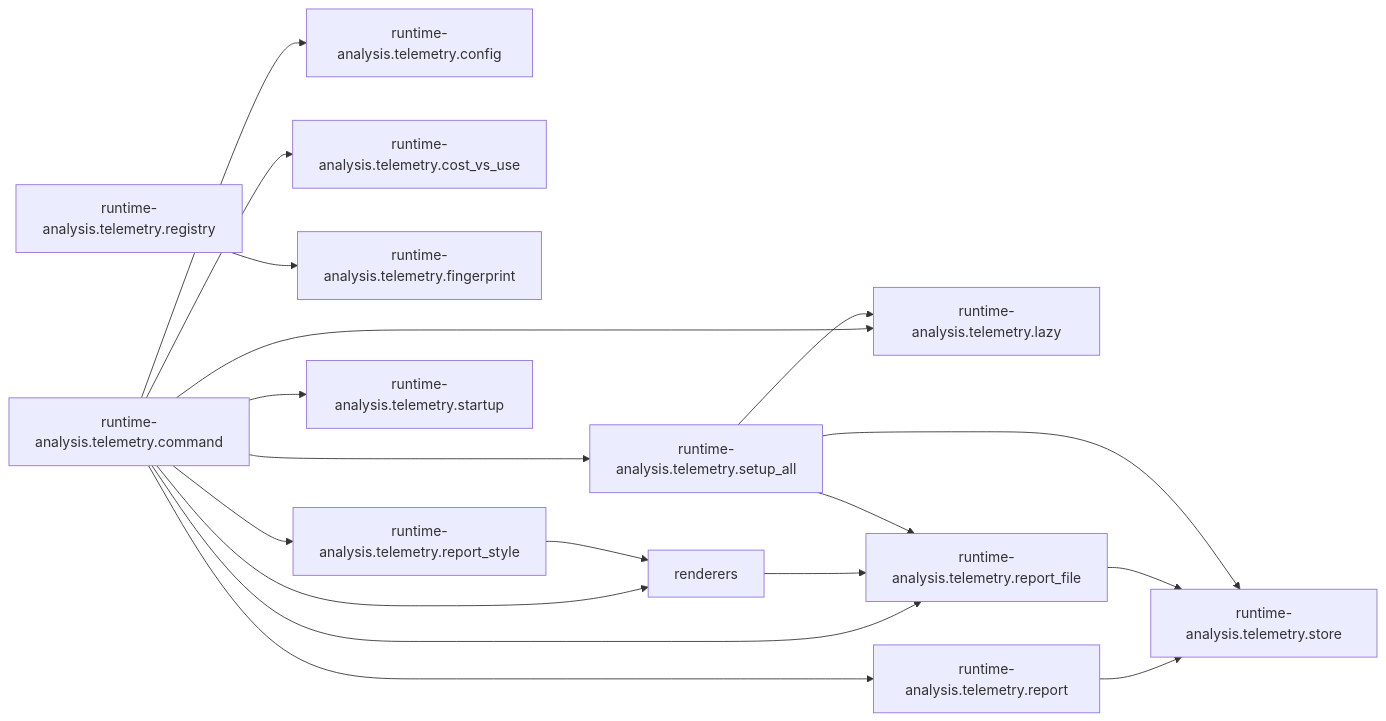
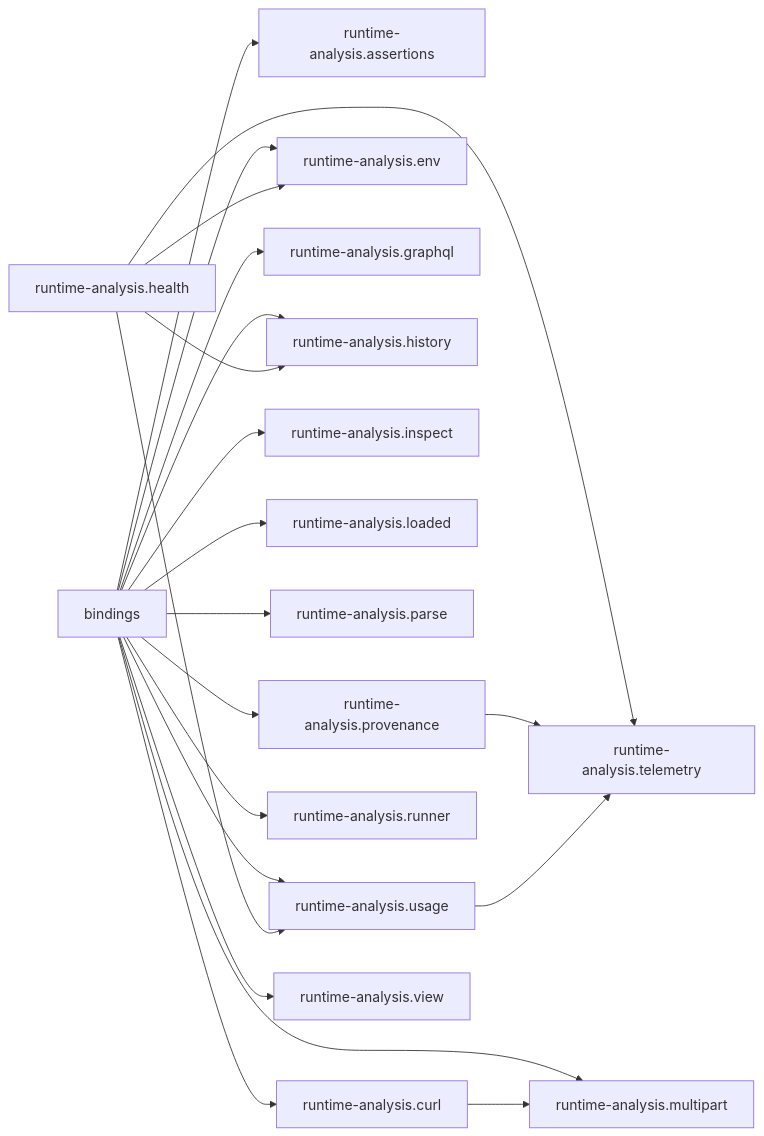
Before and after one commit to StefanBartl/runtime-analysis.nvim: the second of 2 diagrams in docs/map/overview.md, drawn with Mermaid. The commit also changed other lines of this file and 4 other files, not shown here.

First line of the commit message:
docs: opts.telemetry.extra — instrumenting your own config

````diff
--- a/docs/map/overview.md
+++ b/docs/map/overview.md
@@ -34,33 +34,39 @@
 ```mermaid
 flowchart LR
-  nlua_runtime_analysis_telemetry_command_lua["runtime-analysis.telemetry.command"]
-  nlua_runtime_analysis_telemetry_config_lua["runtime-analysis.telemetry.config"]
-  nlua_runtime_analysis_telemetry_cost_vs_use_lua["runtime-analysis.telemetry.cost_vs_use"]
-  nlua_runtime_analysis_telemetry_fingerprint_lua["runtime-analysis.telemetry.fingerprint"]
-  nlua_runtime_analysis_telemetry_lazy_lua["runtime-analysis.telemetry.lazy"]
-  nlua_runtime_analysis_telemetry_registry_lua["runtime-analysis.telemetry.registry"]
-  nlua_runtime_analysis_telemetry_renderers["renderers"]
-  nlua_runtime_analysis_telemetry_report_lua["runtime-analysis.telemetry.report"]
-  nlua_runtime_analysis_telemetry_report_file_lua["runtime-analysis.telemetry.report_file"]
-  nlua_runtime_analysis_telemetry_report_style_lua["runtime-analysis.telemetry.report_style"]
-  nlua_runtime_analysis_telemetry_setup_all_lua["runtime-analysis.telemetry.setup_all"]
-  nlua_runtime_analysis_telemetry_startup_lua["runtime-analysis.telemetry.startup"]
-  nlua_runtime_analysis_telemetry_store_lua["runtime-analysis.telemetry.store"]
-  nlua_runtime_analysis_telemetry_command_lua --> nlua_runtime_analysis_telemetry_config_lua
-  nlua_runtime_analysis_telemetry_command_lua --> nlua_runtime_analysis_telemetry_cost_vs_use_lua
-  nlua_runtime_analysis_telemetry_command_lua --> nlua_runtime_analysis_telemetry_lazy_lua
-  nlua_runtime_analysis_telemetry_command_lua --> nlua_runtime_analysis_telemetry_renderers
-  nlua_runtime_analysis_telemetry_command_lua --> nlua_runtime_analysis_telemetry_report_lua
-  nlua_runtime_analysis_telemetry_command_lua --> nlua_runtime_analysis_telemetry_report_file_lua
-  nlua_runtime_analysis_telemetry_command_lua --> nlua_runtime_analysis_telemetry_report_style_lua
-  nlua_runtime_analysis_telemetry_command_lua --> nlua_runtime_analysis_telemetry_setup_all_lua
-  nlua_runtime_analysis_telemetry_command_lua --> nlua_runtime_analysis_telemetry_startup_lua
-  nlua_runtime_analysis_telemetry_registry_lua --> nlua_runtime_analysis_telemetry_fingerprint_lua
-  nlua_runtime_analysis_telemetry_renderers --> nlua_runtime_analysis_telemetry_report_file_lua
-  nlua_runtime_analysis_telemetry_report_lua --> nlua_runtime_analysis_telemetry_store_lua
-  nlua_runtime_analysis_telemetry_report_file_lua --> nlua_runtime_analysis_telemetry_store_lua
-  nlua_runtime_analysis_telemetry_report_style_lua --> nlua_runtime_analysis_telemetry_renderers
-  nlua_runtime_analysis_telemetry_setup_all_lua --> nlua_runtime_analysis_telemetry_lazy_lua
-  nlua_runtime_analysis_telemetry_setup_all_lua --> nlua_runtime_analysis_telemetry_report_file_lua
-  nlua_runtime_analysis_telemetry_setup_all_lua --> nlua_runtime_analysis_telemetry_store_lua
+  nlua_runtime_analysis_assertions_lua["runtime-analysis.assertions"]
+  nlua_runtime_analysis_bindings["bindings"]
+  nlua_runtime_analysis_curl_lua["runtime-analysis.curl"]
+  nlua_runtime_analysis_env_lua["runtime-analysis.env"]
+  nlua_runtime_analysis_graphql_lua["runtime-analysis.graphql"]
+  nlua_runtime_analysis_health_lua["runtime-analysis.health"]
+  nlua_runtime_analysis_history_lua["runtime-analysis.history"]
+  nlua_runtime_analysis_inspect_lua["runtime-analysis.inspect"]
+  nlua_runtime_analysis_loaded_lua["runtime-analysis.loaded"]
+  nlua_runtime_analysis_multipart_lua["runtime-analysis.multipart"]
+  nlua_runtime_analysis_parse_lua["runtime-analysis.parse"]
+  nlua_runtime_analysis_provenance_lua["runtime-analysis.provenance"]
+  nlua_runtime_analysis_runner_lua["runtime-analysis.runner"]
+  nlua_runtime_analysis_telemetry["runtime-analysis.telemetry"]
+  nlua_runtime_analysis_usage_lua["runtime-analysis.usage"]
+  nlua_runtime_analysis_view_lua["runtime-analysis.view"]
+  nlua_runtime_analysis_bindings --> nlua_runtime_analysis_assertions_lua
+  nlua_runtime_analysis_bindings --> nlua_runtime_analysis_curl_lua
+  nlua_runtime_analysis_bindings --> nlua_runtime_analysis_env_lua
+  nlua_runtime_analysis_bindings --> nlua_runtime_analysis_graphql_lua
+  nlua_runtime_analysis_bindings --> nlua_runtime_analysis_history_lua
+  nlua_runtime_analysis_bindings --> nlua_runtime_analysis_inspect_lua
+  nlua_runtime_analysis_bindings --> nlua_runtime_analysis_loaded_lua
+  nlua_runtime_analysis_bindings --> nlua_runtime_analysis_multipart_lua
+  nlua_runtime_analysis_bindings --> nlua_runtime_analysis_parse_lua
+  nlua_runtime_analysis_bindings --> nlua_runtime_analysis_provenance_lua
+  nlua_runtime_analysis_bindings --> nlua_runtime_analysis_runner_lua
+  nlua_runtime_analysis_bindings --> nlua_runtime_analysis_usage_lua
+  nlua_runtime_analysis_bindings --> nlua_runtime_analysis_view_lua
+  nlua_runtime_analysis_curl_lua --> nlua_runtime_analysis_multipart_lua
+  nlua_runtime_analysis_health_lua --> nlua_runtime_analysis_env_lua
+  nlua_runtime_analysis_health_lua --> nlua_runtime_analysis_history_lua
+  nlua_runtime_analysis_health_lua --> nlua_runtime_analysis_telemetry
+  nlua_runtime_analysis_health_lua --> nlua_runtime_analysis_usage_lua
+  nlua_runtime_analysis_provenance_lua --> nlua_runtime_analysis_telemetry
+  nlua_runtime_analysis_usage_lua --> nlua_runtime_analysis_telemetry
 ```
````
